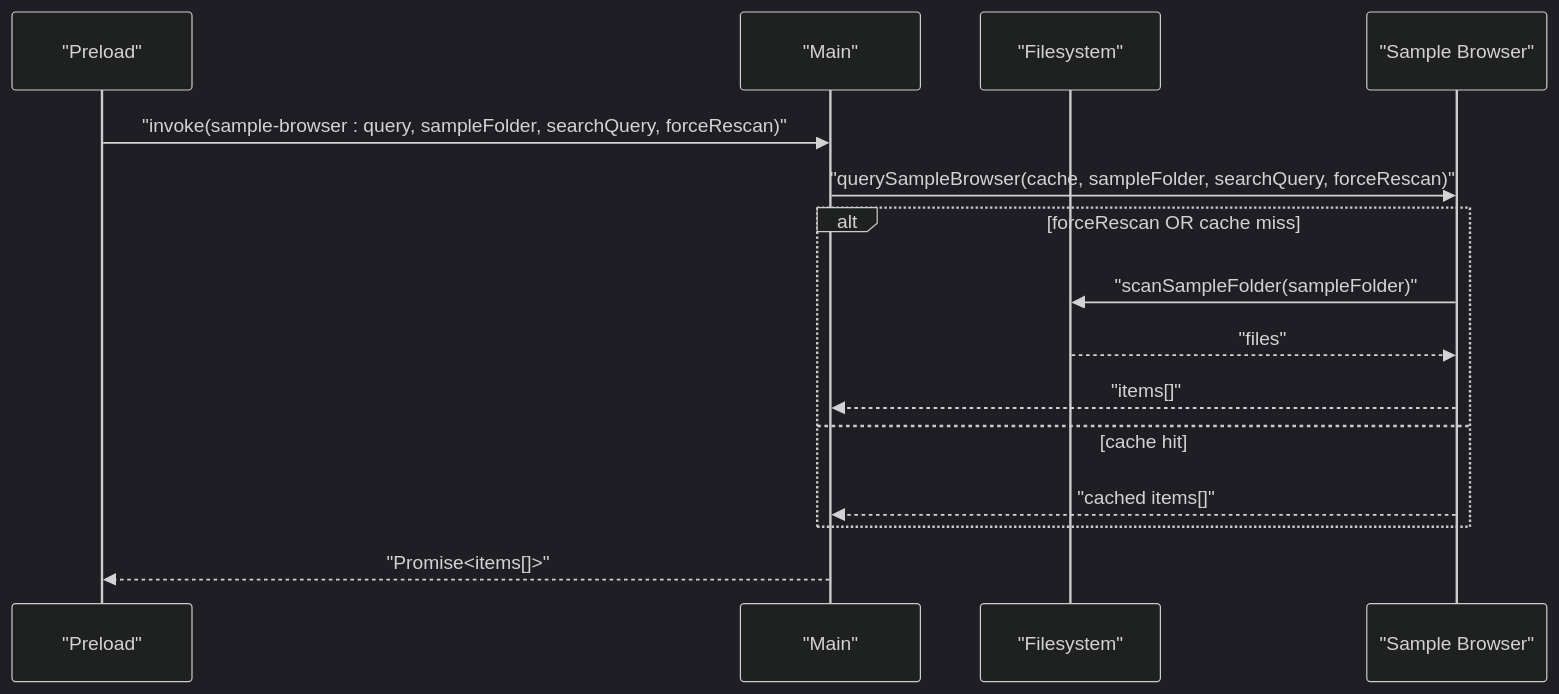
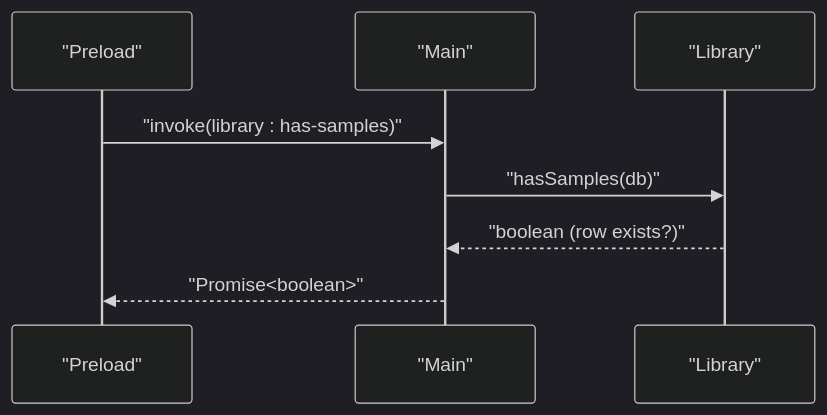
Before and after one commit to satyrlord/mixjam-electron: the fifth of 8 diagrams in .qoder/repowiki/en/content/IPC Communication.md, drawn with Mermaid (dark theme). The commit also changed other lines of this file and 7 other files, not shown here.

First line of the commit message:
feat(data-management): centralize audio extensions and add hasSamples function

````diff
--- a/.qoder/repowiki/en/content/IPC Communication.md
+++ b/.qoder/repowiki/en/content/IPC Communication.md
@@ -212,17 +297,10 @@
 ```mermaid
 sequenceDiagram
 participant P as "Preload"
 participant M as "Main"
-participant FS as "Filesystem"
-participant SB as "Sample Browser"
-P->>M : "invoke(sample-browser : query, sampleFolder, searchQuery, forceRescan)"
-M->>SB : "querySampleBrowser(cache, sampleFolder, searchQuery, forceRescan)"
-alt forceRescan OR cache miss
-SB->>FS : "scanSampleFolder(sampleFolder)"
-FS-->>SB : "files"
-SB-->>M : "items[]"
-else cache hit
-SB-->>M : "cached items[]"
-end
-M-->>P : "Promise<items[]>"
+participant L as "Library"
+P->>M : "invoke(library : has-samples)"
+M->>L : "hasSamples(db)"
+L-->>M : "boolean (row exists?)"
+M-->>P : "Promise<boolean>"
 ```
````
